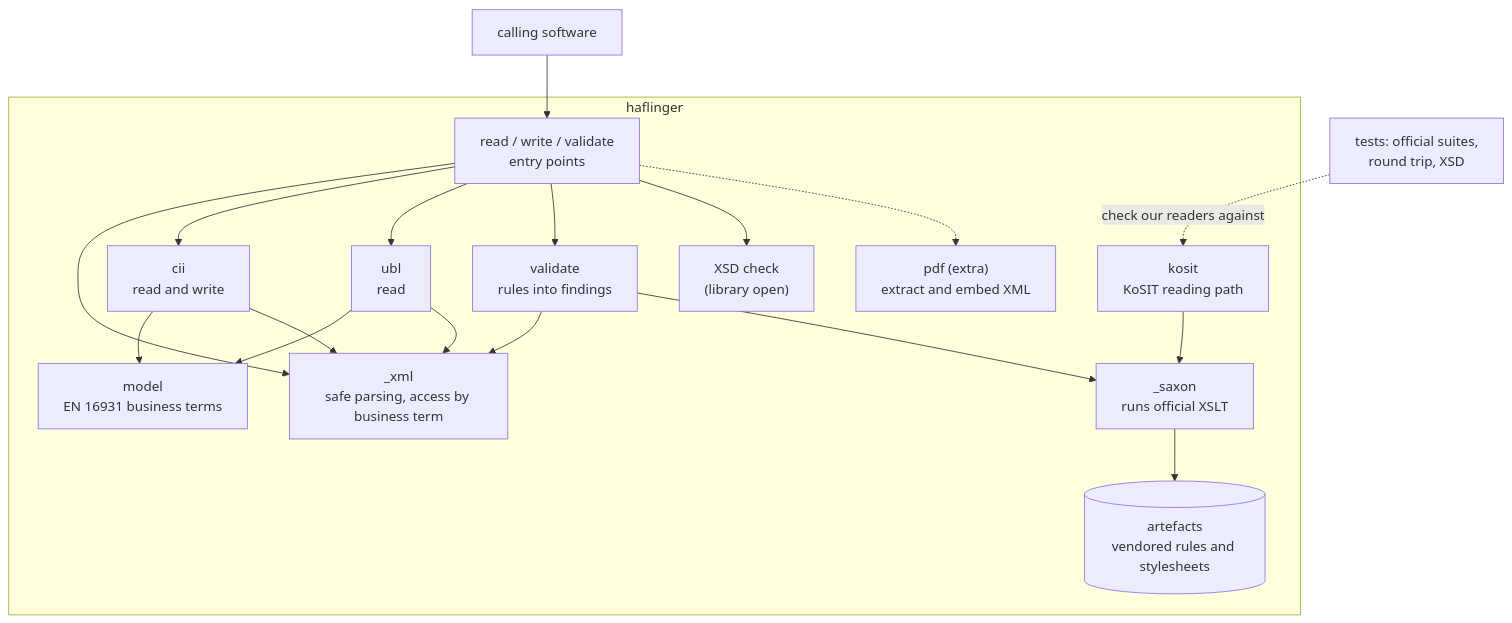
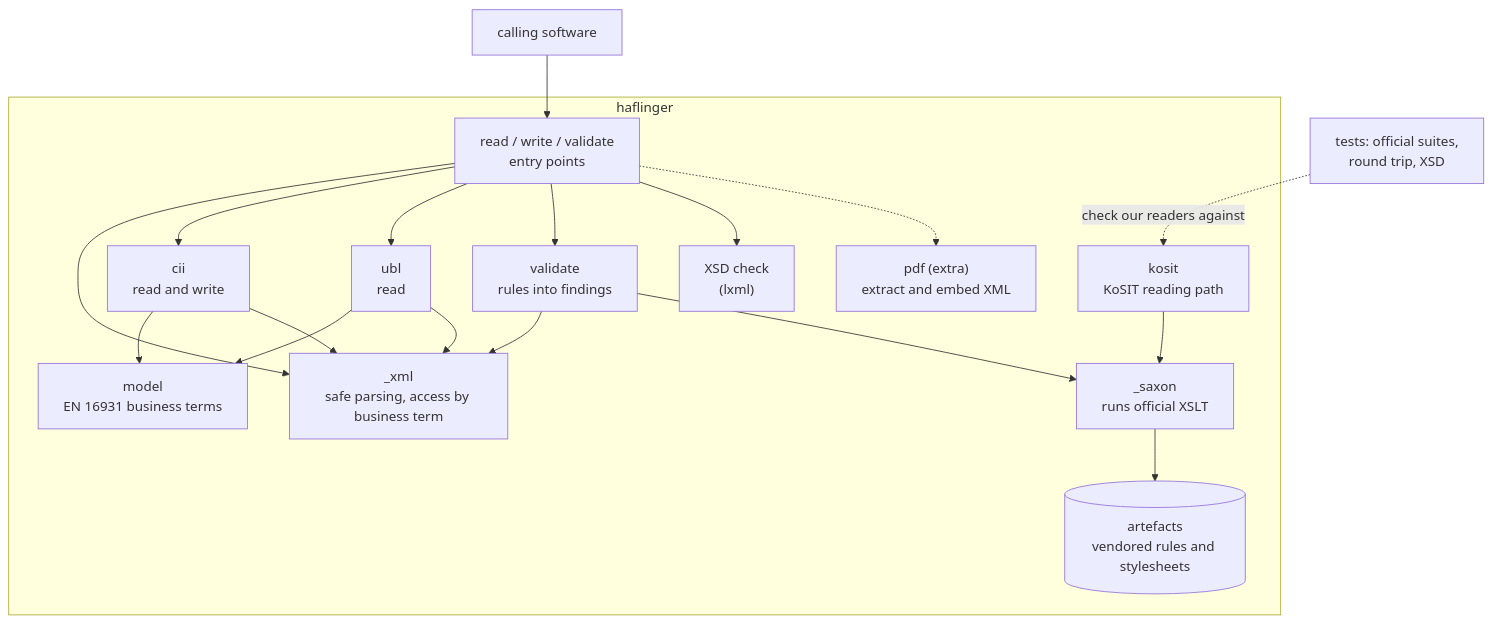
Before and after one commit to Interlusion/haflinger: the second of 5 diagrams in docs/arc42/README.md, drawn with Mermaid. The commit also changed other lines of this file and 17 other files, not shown here.

````diff
--- a/docs/arc42/README.md
+++ b/docs/arc42/README.md
@@ -95,32 +95,32 @@
 ```mermaid
 flowchart TB
     subgraph lib["haflinger"]
         api["read / write / validate<br/>entry points"]
         model["model<br/>EN 16931 business terms"]
         safe["_xml<br/>safe parsing, access by business term"]
         cii["cii<br/>read and write"]
         ubl["ubl<br/>read"]
         validate["validate<br/>rules into findings"]
-        xsd["XSD check<br/>(library open)"]
+        xsd["XSD check<br/>(lxml)"]
         kosit["kosit<br/>KoSIT reading path"]
         saxon["_saxon<br/>runs official XSLT"]
         artefacts[("artefacts<br/>vendored rules and stylesheets")]
         pdf["pdf (extra)<br/>extract and embed XML"]
     end
     caller["calling software"]
     tests["tests: official suites,<br/>round trip, XSD"]
 
     caller --> api
     api --> safe
     api --> cii & ubl
     api --> validate
     api --> xsd
     api -.-> pdf
     validate --> safe
     cii & ubl --> model
     cii & ubl --> safe
     validate --> saxon
     kosit --> saxon
     saxon --> artefacts
     tests -. "check our readers against" .-> kosit
 ```
````
